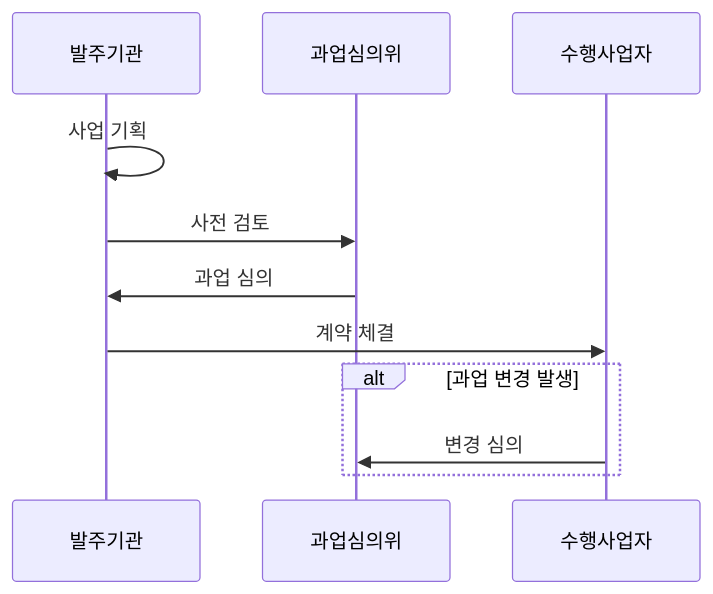
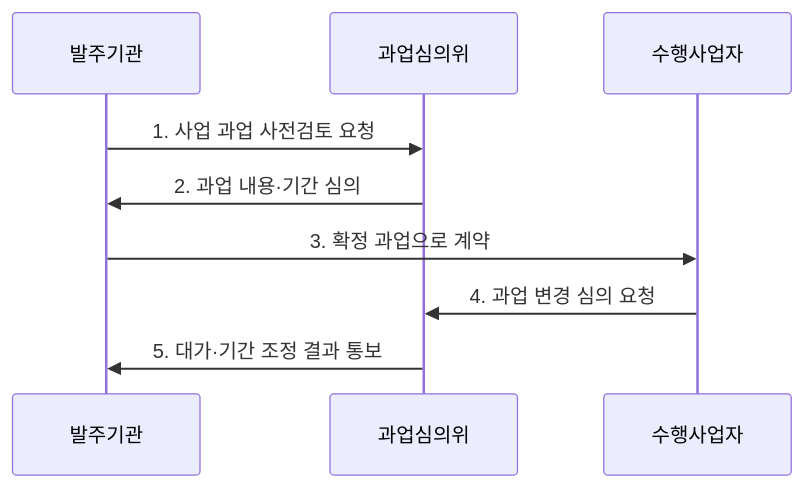
Before and after one commit to agnusdei1207/knowledge-base: the second of 2 diagrams in src/content/docs/notes/07-law-policy/015_sw_promotion_act.md, drawn with Mermaid. The commit also changed other lines of this file and 9 other files, not shown here.

````diff
--- a/src/content/docs/notes/07-law-policy/015_sw_promotion_act.md
+++ b/src/content/docs/notes/07-law-policy/015_sw_promotion_act.md
@@ -77,13 +73,11 @@
 ```mermaid
 sequenceDiagram
     participant O as 발주기관
     participant C as 과업심의위
     participant B as 수행사업자
-    O->>O: 사업 기획
-    O->>C: 사전 검토
-    C->>O: 과업 심의
-    O->>B: 계약 체결
-    alt 과업 변경 발생
-        B->>C: 변경 심의
-    end
+    O->>C: 1. 사업 과업 사전검토 요청
+    C->>O: 2. 과업 내용·기간 심의
+    O->>B: 3. 확정 과업으로 계약
+    B->>C: 4. 과업 변경 심의 요청
+    C->>O: 5. 대가·기간 조정 결과 통보
 ```
````
